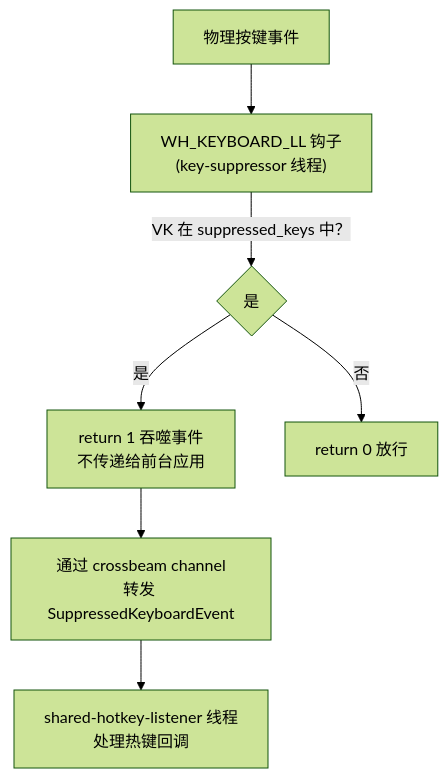
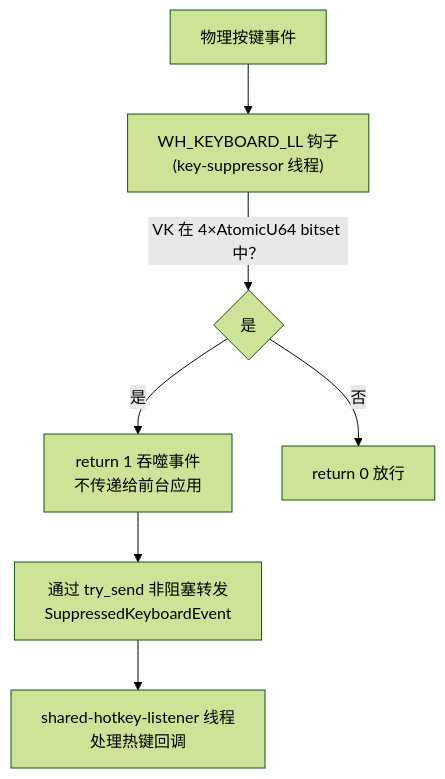
The diagram in droid-wiki/systems/key-suppressor.md (IZRINO/delta-auto-tools), drawn with Mermaid (forest theme) before and after one commit. The commit also changed other lines of this file and 3 other files, not shown here.

````diff
--- a/droid-wiki/systems/key-suppressor.md
+++ b/droid-wiki/systems/key-suppressor.md
@@ -11,9 +11,9 @@
 ```mermaid
 graph TD
     PhysKey["物理按键事件"] --> LLHook["WH_KEYBOARD_LL 钩子<br/>(key-suppressor 线程)"]
-    LLHook -->|VK 在 suppressed_keys 中？| Check{"是"}
+    LLHook -->|VK 在 4×AtomicU64 bitset 中？| Check{"是"}
     Check -->|是| Swallow["return 1 吞噬事件<br/>不传递给前台应用"]
     Check -->|否| Pass["return 0 放行"]
-    Swallow --> Forward["通过 crossbeam channel<br/>转发 SuppressedKeyboardEvent"]
+    Swallow --> Forward["通过 try_send 非阻塞转发<br/>SuppressedKeyboardEvent"]
     Forward --> HotkeyListener["shared-hotkey-listener 线程<br/>处理热键回调"]
 ```
````
